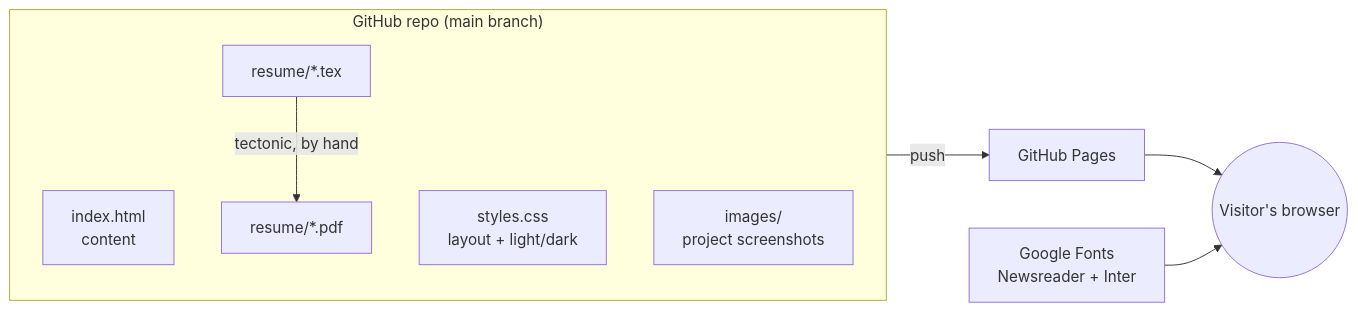
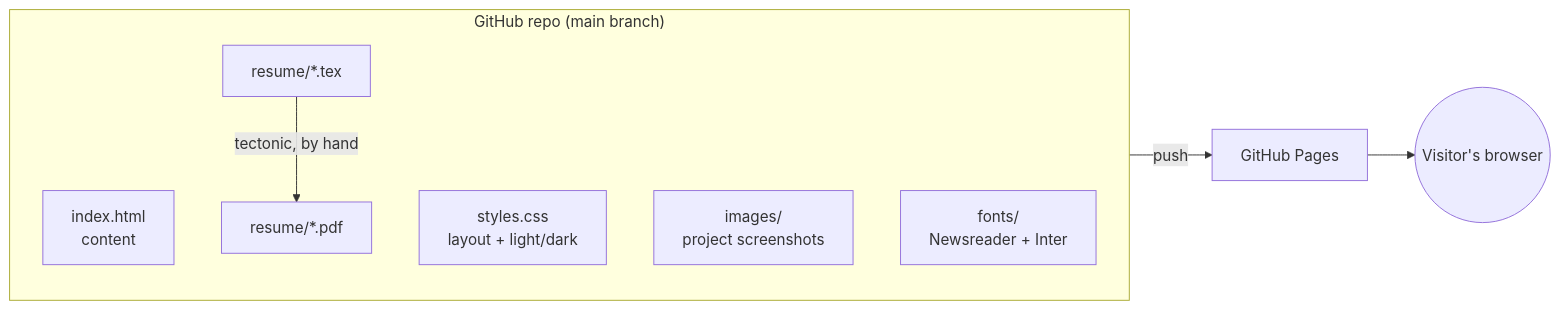
The diagram in docs/SYSTEM-DESIGN.md (amalmehta/PortfolioWebsite), drawn with Mermaid before and after one commit. The commit also changed other lines of this file and 19 other files, not shown here.

````diff
--- a/docs/SYSTEM-DESIGN.md
+++ b/docs/SYSTEM-DESIGN.md
@@ -9,13 +9,13 @@
 ```mermaid
 flowchart LR
     subgraph Repo["GitHub repo (main branch)"]
         H[index.html<br/>content]
         C[styles.css<br/>layout + light/dark]
         I[images/<br/>project screenshots]
+        F[fonts/<br/>Newsreader + Inter]
         R[resume/*.pdf]
         T[resume/*.tex] -->|tectonic, by hand| R
     end
     Repo -->|push| GP[GitHub Pages]
     GP --> V((Visitor's browser))
-    GF[Google Fonts<br/>Newsreader + Inter] --> V
 ```
````
